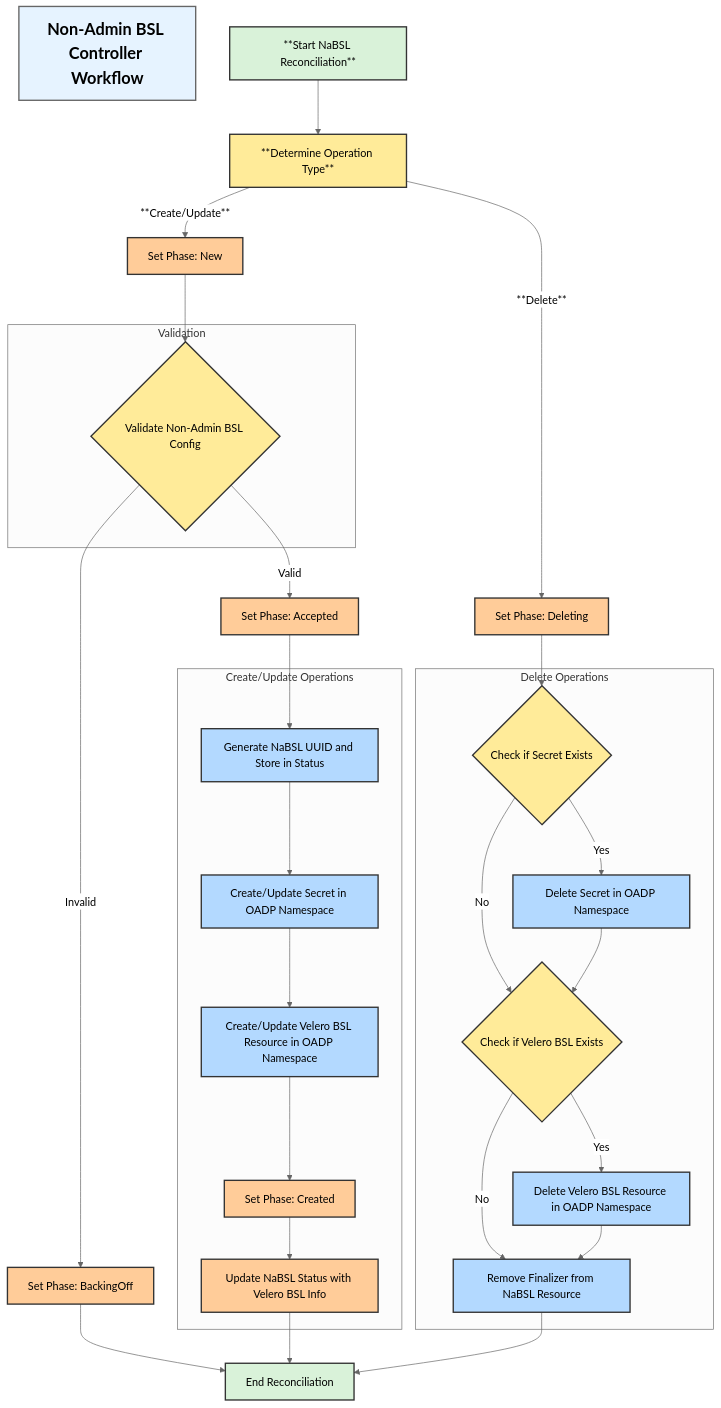
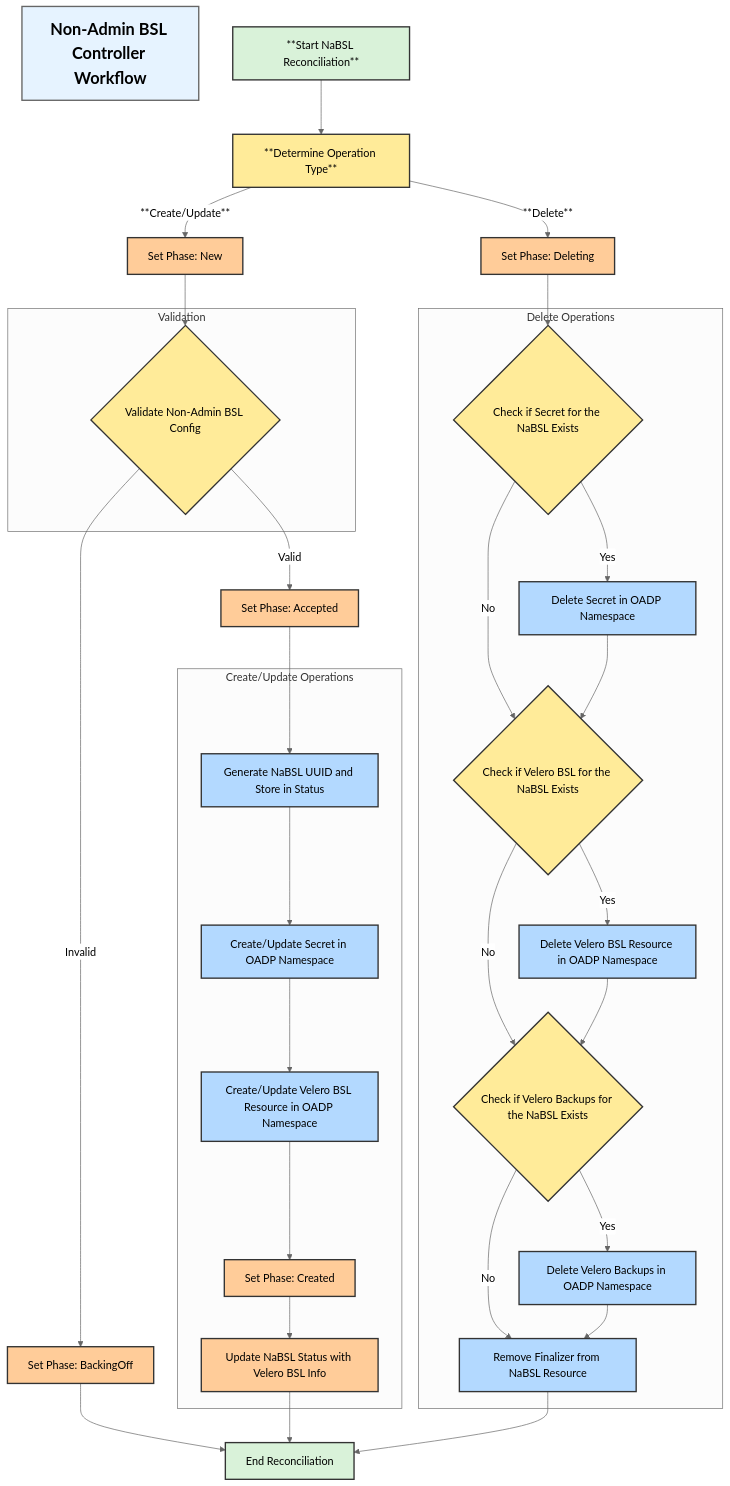
Before and after one commit to migtools/oadp-non-admin: the diagram in docs/design/non_admin_backupstoragelocation.md, drawn with Mermaid. The commit also changed other lines of this file and 3 other files, not shown here.

First line of the commit message:
Remove associated Velero Backups after BSL removal

````diff
--- a/docs/design/non_admin_backupstoragelocation.md
+++ b/docs/design/non_admin_backupstoragelocation.md
@@ -8,71 +8,77 @@
 ```mermaid
 %%{init: {'theme':'neutral'}}%%
 flowchart TD
     title[Non-Admin BSL Controller Workflow]
     style title font-size:24px,font-weight:bold,fill:#e6f3ff,stroke:#666,stroke-width:2px,stroke-dasharray: 0
 
     %% Start
     START[**Start NaBSL Reconciliation**] --> OPERATION[**Determine Operation Type**]
 
     %% Create/Update Flow
     OPERATION -->|**Create/Update**| SET_PHASE_NEW[Set Phase: New]
     SET_PHASE_NEW --> VALIDATE_CONFIG{Validate Non-Admin BSL Config}
     VALIDATE_CONFIG -->|Invalid| INVALID_CONFIG[Set Phase: BackingOff]
     VALIDATE_CONFIG -->|Valid| VALID_CONFIG[Set Phase: Accepted]
     VALID_CONFIG --> GENERATE_UUID[Generate NaBSL UUID and Store in Status]
 
     GENERATE_UUID --> CREATE_OR_UPDATE_SECRET[Create/Update Secret in OADP Namespace]
     CREATE_OR_UPDATE_SECRET --> CREATE_OR_UPDATE_BSL[Create/Update Velero BSL Resource in OADP Namespace]
     CREATE_OR_UPDATE_BSL --> SET_PHASE_CREATED[Set Phase: Created]
     SET_PHASE_CREATED --> UPDATE_STATUS[Update NaBSL Status with Velero BSL Info]
 
     %% Delete Flow
     OPERATION -->|**Delete**| SET_PHASE_DELETING[Set Phase: Deleting]
-    SET_PHASE_DELETING --> CHECK_SECRET_EXISTS{Check if Secret Exists}
+    SET_PHASE_DELETING --> CHECK_SECRET_EXISTS{Check if Secret for the NaBSL Exists}
     CHECK_SECRET_EXISTS -->|Yes| DELETE_SECRET[Delete Secret in OADP Namespace]
-    CHECK_SECRET_EXISTS -->|No| CHECK_BSL_EXISTS{Check if Velero BSL Exists}
+    CHECK_SECRET_EXISTS -->|No| CHECK_BSL_EXISTS{Check if Velero BSL for the NaBSL Exists}
 
     DELETE_SECRET --> CHECK_BSL_EXISTS
     CHECK_BSL_EXISTS -->|Yes| DELETE_BSL[Delete Velero BSL Resource in OADP Namespace]
-    CHECK_BSL_EXISTS -->|No| REMOVE_FINALIZER[Remove Finalizer from NaBSL Resource]
+    CHECK_BSL_EXISTS -->|No| CHECK_BACKUPS_EXISTS{Check if Velero Backups for the NaBSL Exists}
 
-    DELETE_BSL --> REMOVE_FINALIZER
+    DELETE_BSL --> CHECK_BACKUPS_EXISTS
+    CHECK_BACKUPS_EXISTS -->|Yes| DELETE_BACKUPS[Delete Velero Backups in OADP Namespace]
+    CHECK_BACKUPS_EXISTS -->|No| REMOVE_FINALIZER[Remove Finalizer from NaBSL Resource]
+
+    DELETE_BACKUPS --> REMOVE_FINALIZER
 
     %% Endpoints
     INVALID_CONFIG --> END[End Reconciliation]
     UPDATE_STATUS --> END
     REMOVE_FINALIZER --> END
 
     %% Subgraphs
     subgraph "Validation"
     VALIDATE_CONFIG
     end
 
     subgraph "Create/Update Operations"
     GENERATE_UUID
     CREATE_OR_UPDATE_SECRET
     CREATE_OR_UPDATE_BSL
     SET_PHASE_CREATED
     UPDATE_STATUS
     end
 
     subgraph "Delete Operations"
     CHECK_SECRET_EXISTS
     DELETE_SECRET
     CHECK_BSL_EXISTS
     DELETE_BSL
+    CHECK_BACKUPS_EXISTS
+    DELETE_BACKUPS
     REMOVE_FINALIZER
     end
 
     %% Styling
     classDef phase fill:#ffcc99,stroke:#333,stroke-width:2px
     classDef process fill:#b3d9ff,stroke:#333,stroke-width:2px
     classDef decision fill:#ffeb99,stroke:#333,stroke-width:2px
     classDef endpoint fill:#d9f2d9,stroke:#333,stroke-width:2px
 
     %% Apply styles
     class START,END endpoint
-    class OPERATION,VALIDATE_CONFIG,CHECK_SECRET_EXISTS,CHECK_BSL_EXISTS decision
-    class GENERATE_UUID,CREATE_OR_UPDATE_SECRET,CREATE_OR_UPDATE_BSL,DELETE_SECRET,DELETE_BSL,REMOVE_FINALIZER process
+    class OPERATION,VALIDATE_CONFIG,CHECK_SECRET_EXISTS,CHECK_BSL_EXISTS,CHECK_BACKUPS_EXISTS decision
+    class GENERATE_UUID,CREATE_OR_UPDATE_SECRET,CREATE_OR_UPDATE_BSL,DELETE_SECRET,DELETE_BSL,DELETE_BACKUPS,REMOVE_FINALIZER process
     class INVALID_CONFIG,UPDATE_STATUS,VALID_CONFIG,SET_PHASE_DELETING,SET_PHASE_NEW,SET_PHASE_CREATED phase
 ```
````
